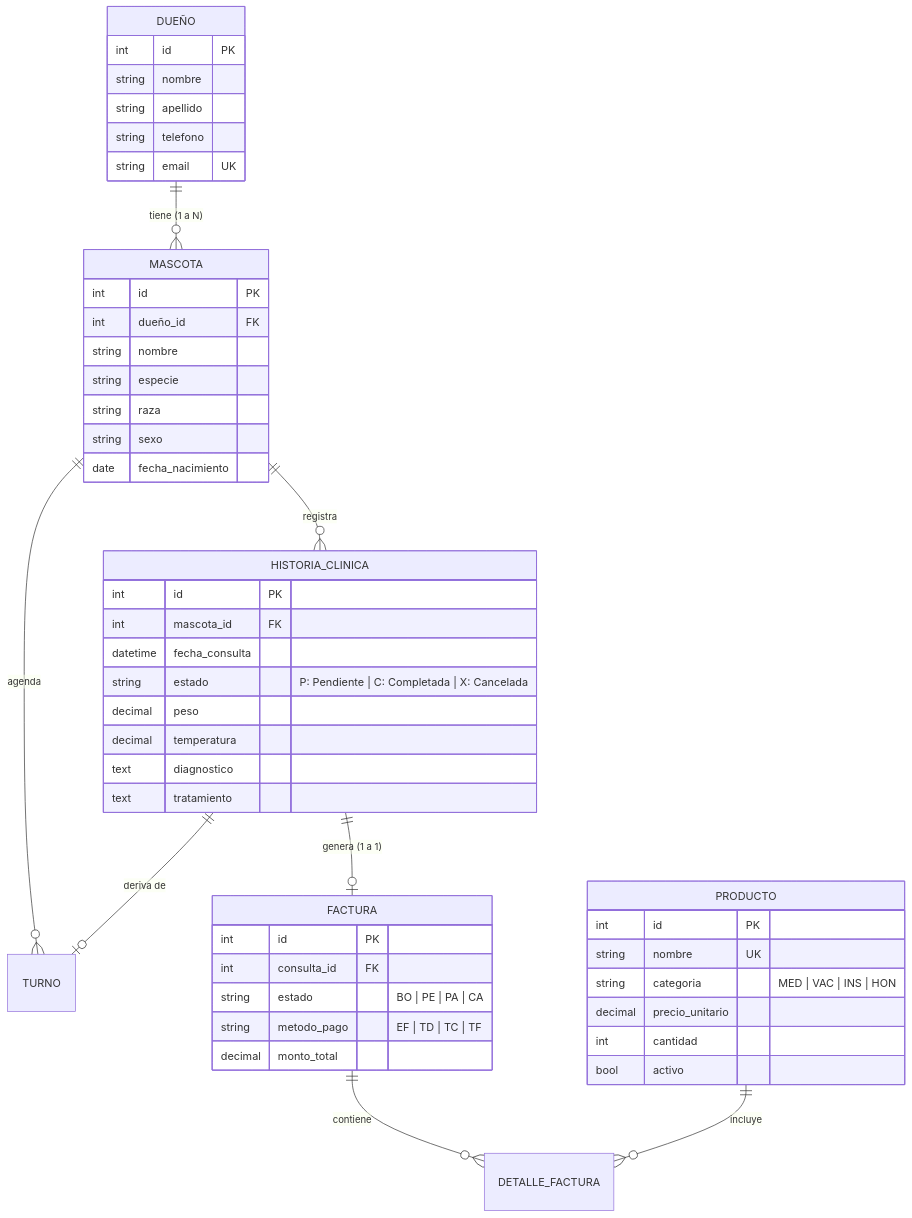
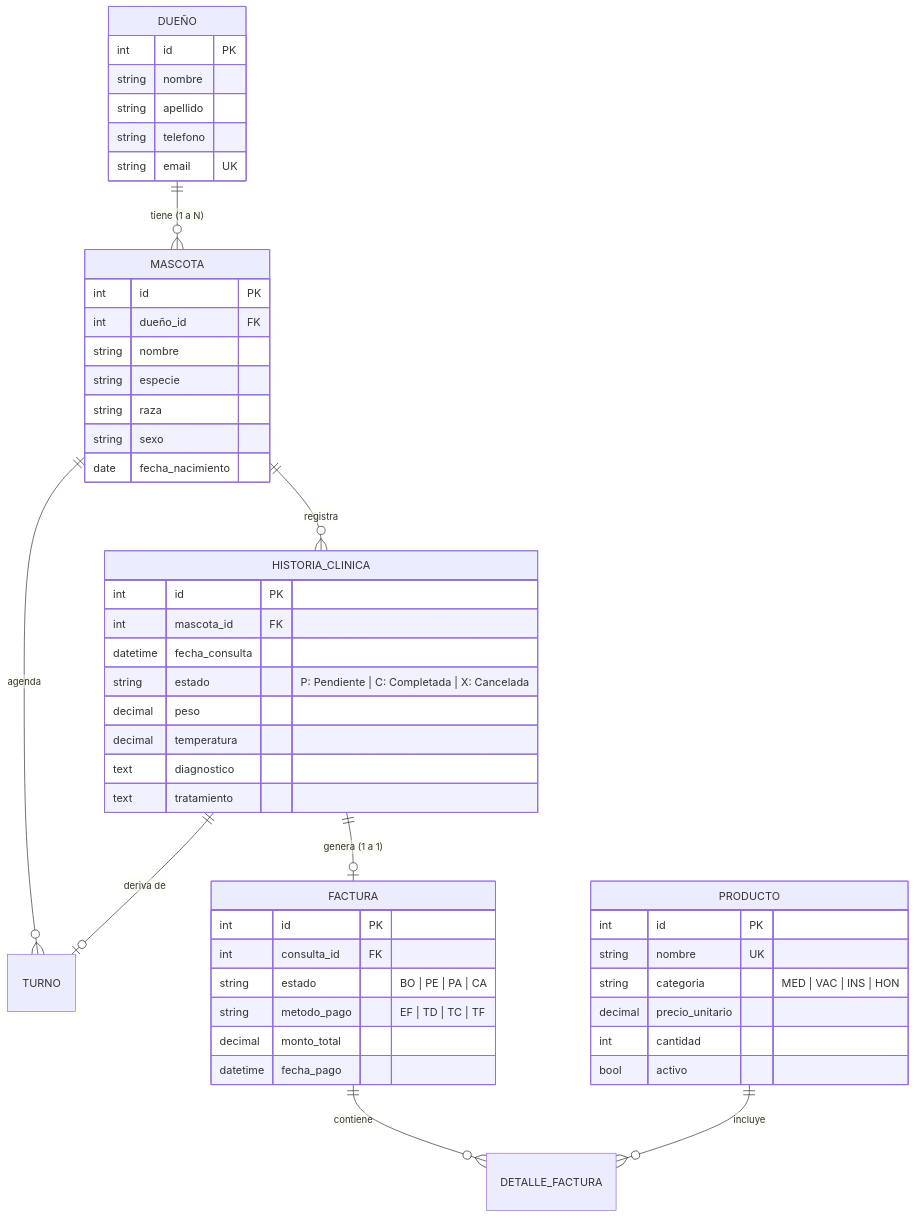
The diagram in README.md (SergioLezcano/Clinica_Veterinaria), drawn with Mermaid before and after one commit. The commit also changed other lines of this file, not shown here.

````diff
--- a/README.md
+++ b/README.md
@@ -80,56 +124,57 @@
 ```mermaid
 erDiagram
     DUEÑO ||--o{ MASCOTA : "tiene (1 a N)"
     MASCOTA ||--o{ HISTORIA_CLINICA : "registra"
     MASCOTA ||--o{ TURNO : "agenda"
     HISTORIA_CLINICA ||--o| FACTURA : "genera (1 a 1)"
     HISTORIA_CLINICA ||--o| TURNO : "deriva de"
     FACTURA ||--o{ DETALLE_FACTURA : "contiene"
     PRODUCTO ||--o{ DETALLE_FACTURA : "incluye"
 
     DUEÑO {
         int id PK
         string nombre
         string apellido
         string telefono
         string email UK
     }
 
     MASCOTA {
         int id PK
         int dueño_id FK
         string nombre
         string especie
         string raza
         string sexo
         date fecha_nacimiento
     }
 
     HISTORIA_CLINICA {
         int id PK
         int mascota_id FK
         datetime fecha_consulta
         string estado "P: Pendiente | C: Completada | X: Cancelada"
         decimal peso
         decimal temperatura
         text diagnostico
         text tratamiento
     }
 
     PRODUCTO {
         int id PK
         string nombre UK
         string categoria "MED | VAC | INS | HON"
         decimal precio_unitario
         int cantidad
         bool activo
     }
 
     FACTURA {
         int id PK
         int consulta_id FK
         string estado "BO | PE | PA | CA"
         string metodo_pago "EF | TD | TC | TF"
         decimal monto_total
+        datetime fecha_pago
     }
 ```
````
